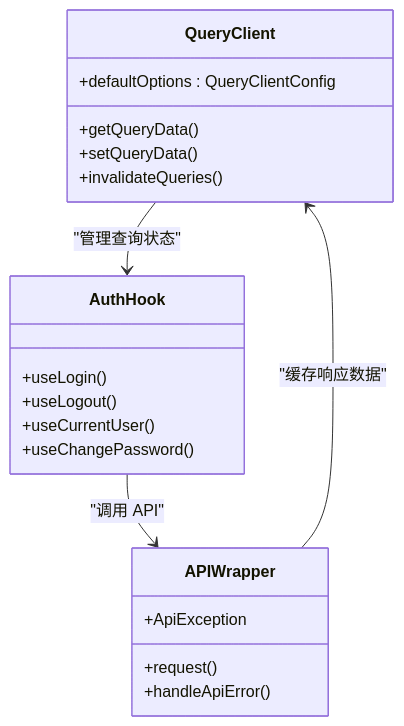
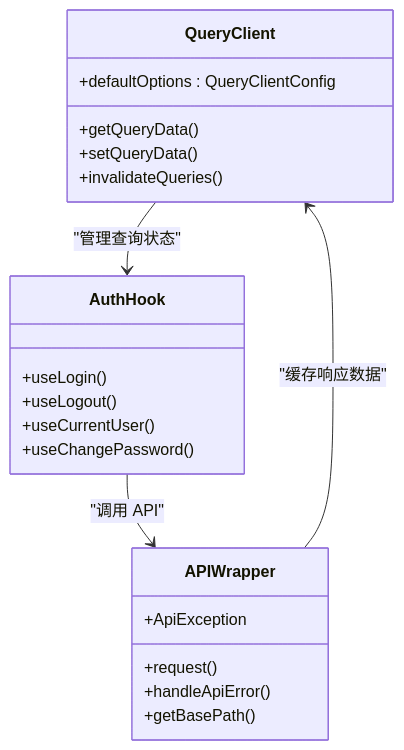
Before and after one commit to gujialind/InvestRing: the seventh of 9 diagrams in .qoder/repowiki/zh/content/前端应用架构/状态管理策略/API 客户端设计.md, drawn with Mermaid. The commit also changed other lines of this file and 65 other files, not shown here.

````diff
--- a/.qoder/repowiki/zh/content/前端应用架构/状态管理策略/API 客户端设计.md
+++ b/.qoder/repowiki/zh/content/前端应用架构/状态管理策略/API 客户端设计.md
@@ -327,23 +356,24 @@
 ```mermaid
 classDiagram
 class QueryClient {
 +defaultOptions : QueryClientConfig
 +getQueryData()
 +setQueryData()
 +invalidateQueries()
 }
 class AuthHook {
 +useLogin()
 +useLogout()
 +useCurrentUser()
 +useChangePassword()
 }
 class APIWrapper {
 +request()
 +handleApiError()
 +ApiException
++getBasePath()
 }
 QueryClient --> AuthHook : "管理查询状态"
 AuthHook --> APIWrapper : "调用 API"
 APIWrapper --> QueryClient : "缓存响应数据"
 ```
````
